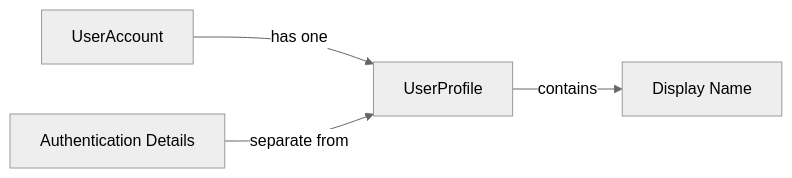
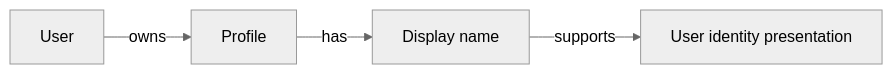
The first of 8 diagrams in openai/gpt-5.4-mini/todo/docs/analysis/02-domain-model.md (wrtnlabs/autobe-examples), drawn with Mermaid (neutral theme) before and after one commit. The commit also changed other lines of this file and 6645 other files, not shown here.

````diff
--- a/openai/gpt-5.4-mini/todo/docs/analysis/02-domain-model.md
+++ b/openai/gpt-5.4-mini/todo/docs/analysis/02-domain-model.md
@@ -57,6 +44,6 @@
 ```mermaid
 flowchart LR
-    A["UserAccount"] -->|"has one"| B["UserProfile"]
-    B -->|"contains"| C["Display Name"]
-    D["Authentication Details"] -->|"separate from"| B
+    U["User"] -->|"owns"| P["Profile"]
+    P -->|"has"| D["Display name"]
+    D -->|"supports"| I["User identity presentation"]
 ```
````
